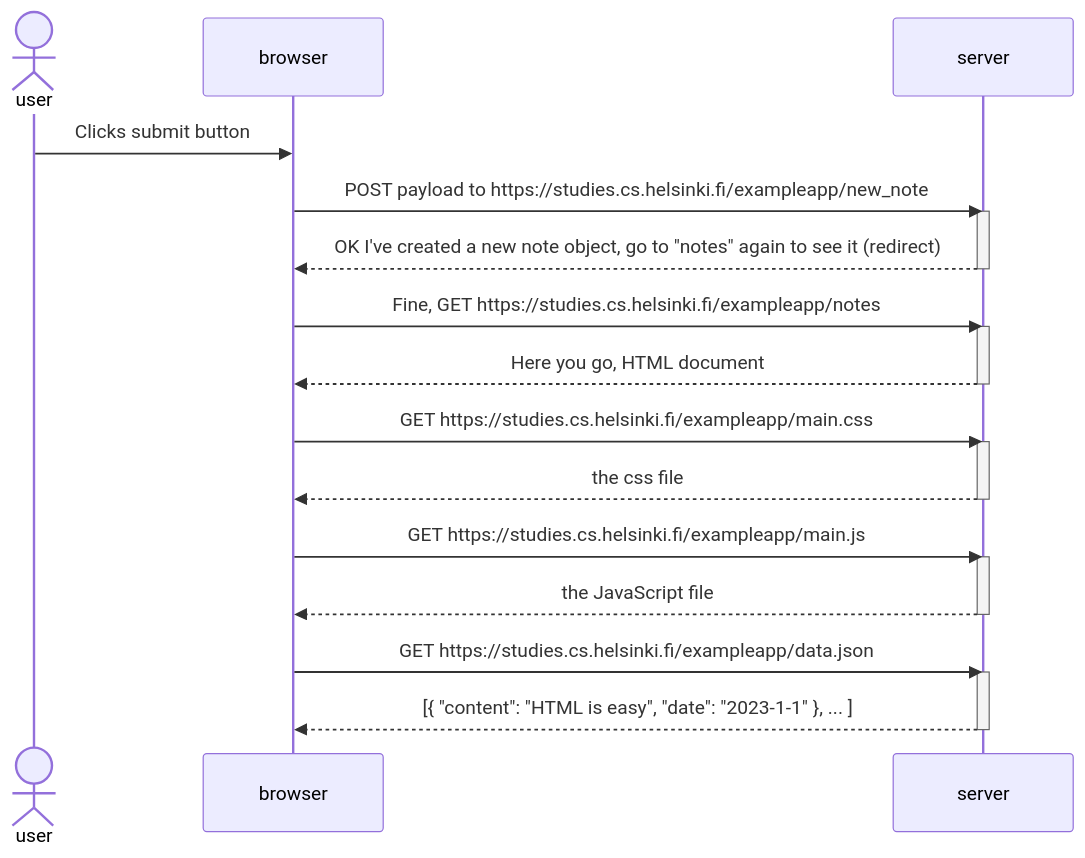
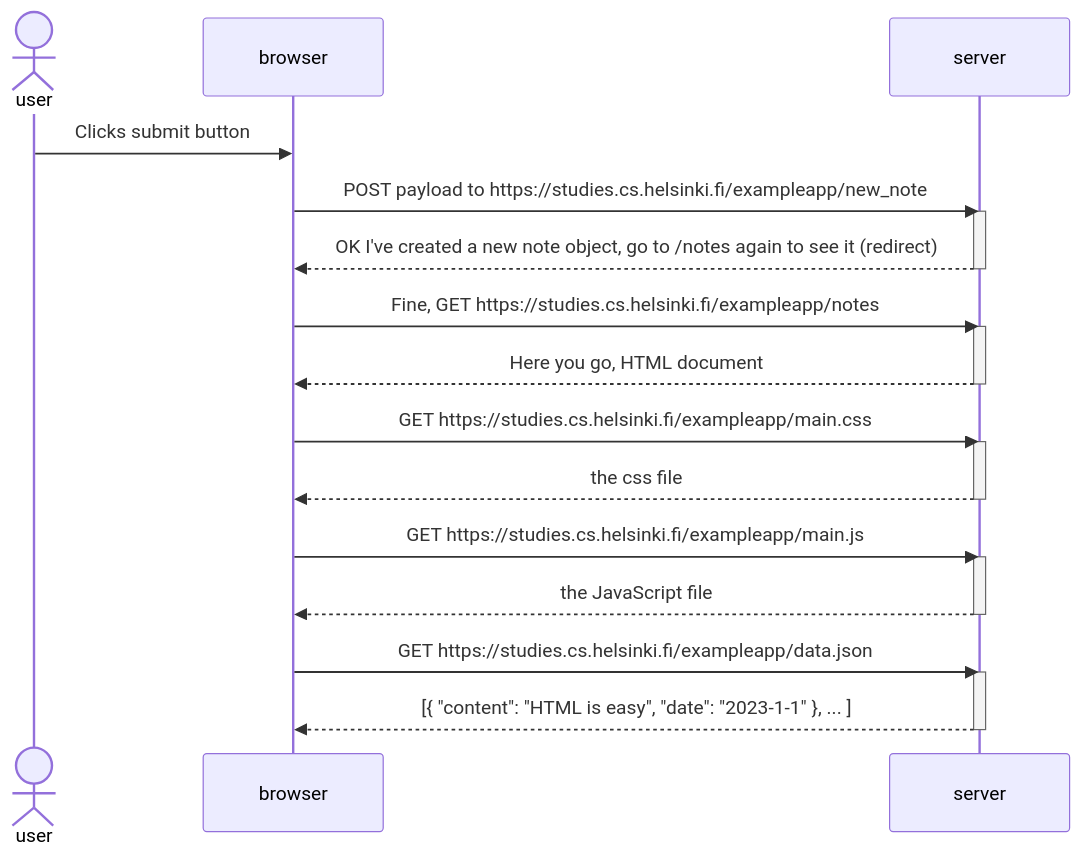
One commit to ysk345/fullstackopen changed the diagram in part0/0.4.md. Above: the diagram before and after it, drawn with Mermaid.

Commit message:
minor things

````diff
--- a/part0/0.4.md
+++ b/part0/0.4.md
@@ -1,32 +1,33 @@
 ```mermaid
 sequenceDiagram
     actor user
     participant browser
     participant server
 
+%%Post - Redirect - Get
     user->>browser: Clicks submit button
     browser->>server: POST payload to https://studies.cs.helsinki.fi/exampleapp/new_note
     activate server
-    server-->>browser: OK I've created a new note object, go to "notes" again to see it (redirect)
+    server-->>browser: OK I've created a new note object, go to /notes again to see it (redirect)
     deactivate server
 
     browser->>server: Fine, GET https://studies.cs.helsinki.fi/exampleapp/notes
     activate server
     server-->>browser: Here you go, HTML document
     deactivate server
 
     browser->>server: GET https://studies.cs.helsinki.fi/exampleapp/main.css
     activate server
     server-->>browser: the css file
     deactivate server
 
     browser->>server: GET https://studies.cs.helsinki.fi/exampleapp/main.js
     activate server
     server-->>browser: the JavaScript file
     deactivate server
 
     browser->>server: GET https://studies.cs.helsinki.fi/exampleapp/data.json
     activate server
     server-->>browser: [{ "content": "HTML is easy", "date": "2023-1-1" }, ... ]
     deactivate server
 ```
````
